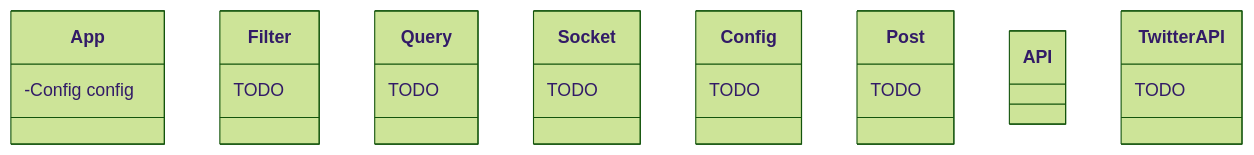
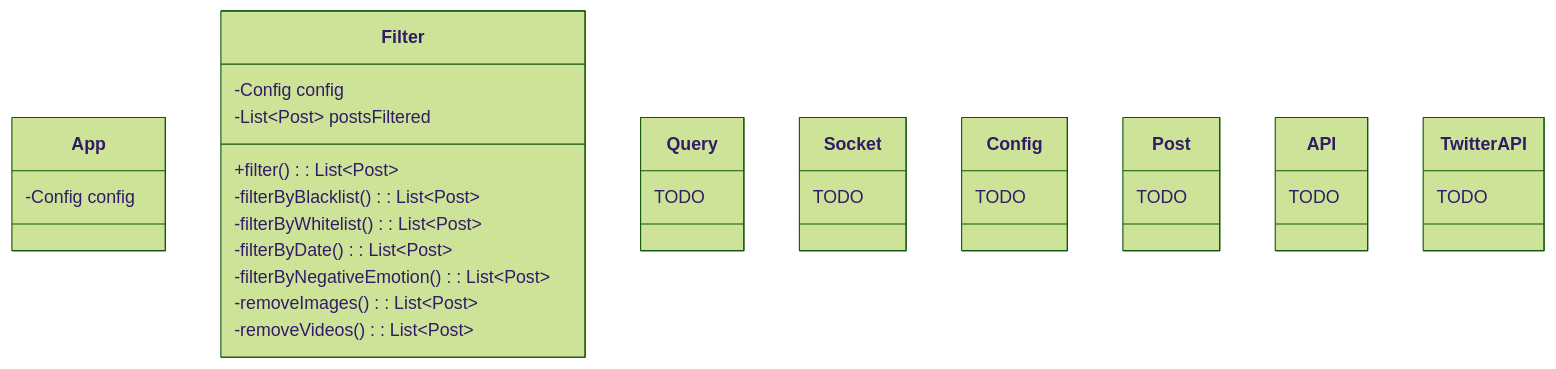
Before and after one commit to WallCaster/WallCaster: the first of 3 diagrams in doc/architecture-report.md, drawn with Mermaid (forest theme).

Commit message:
filter class

````diff
--- a/doc/architecture-report.md
+++ b/doc/architecture-report.md
@@ -10,36 +10,45 @@
 ```mermaid
 classDiagram
 class App {
   -Config config
 }
 
 class Filter {
-  TODO 
+  -Config config
+  -List~Post~ postsFiltered
+
+  +filter() : List~Post~
+  -filterByBlacklist() : List~Post~
+  -filterByWhitelist() : List~Post~
+  -filterByDate() : List~Post~
+  -filterByNegativeEmotion() : List~Post~
+  -removeImages() : List~Post~
+  -removeVideos() : List~Post~
 }
 
 class Query {
   TODO 
 }
 
 class Socket {
   TODO 
 }
 
 class Config {
   TODO 
 }
 
 class Post {
   TODO 
 }
 
 class API {
-
+  TODO
 }
 
 class TwitterAPI {
   TODO 
 }
 
 
 ```
````
